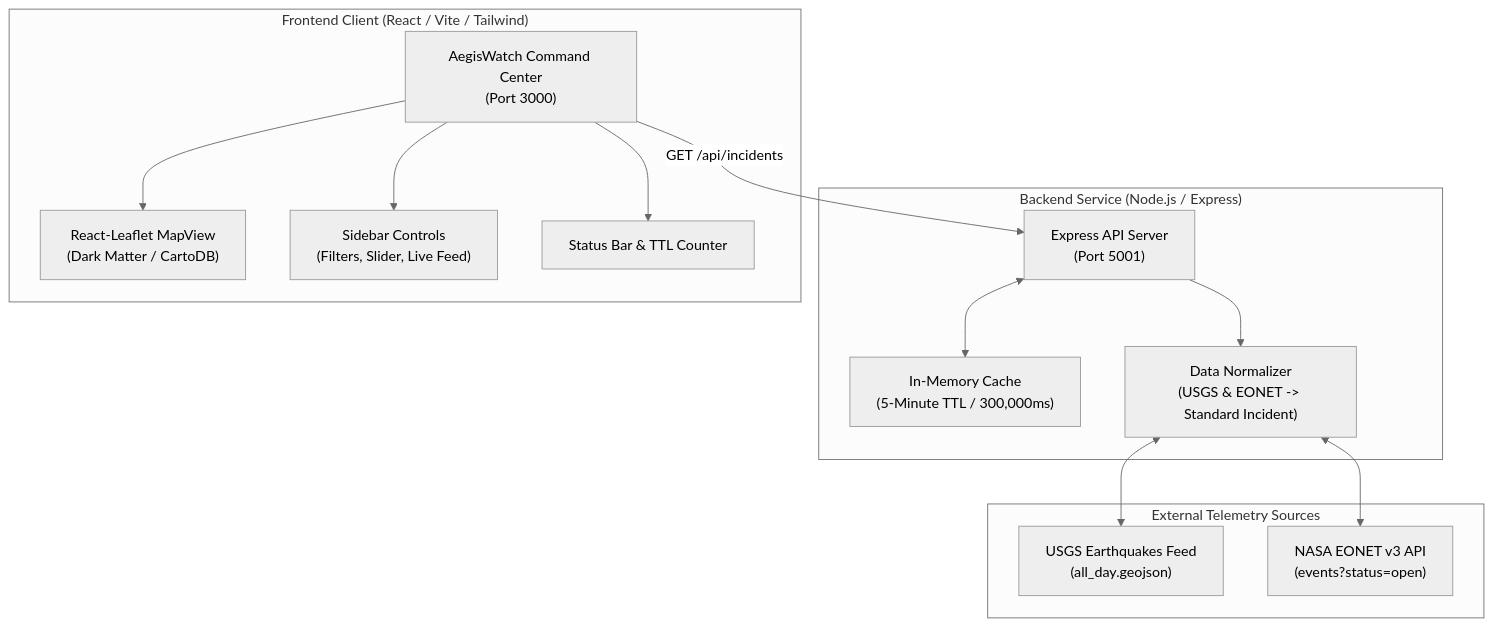
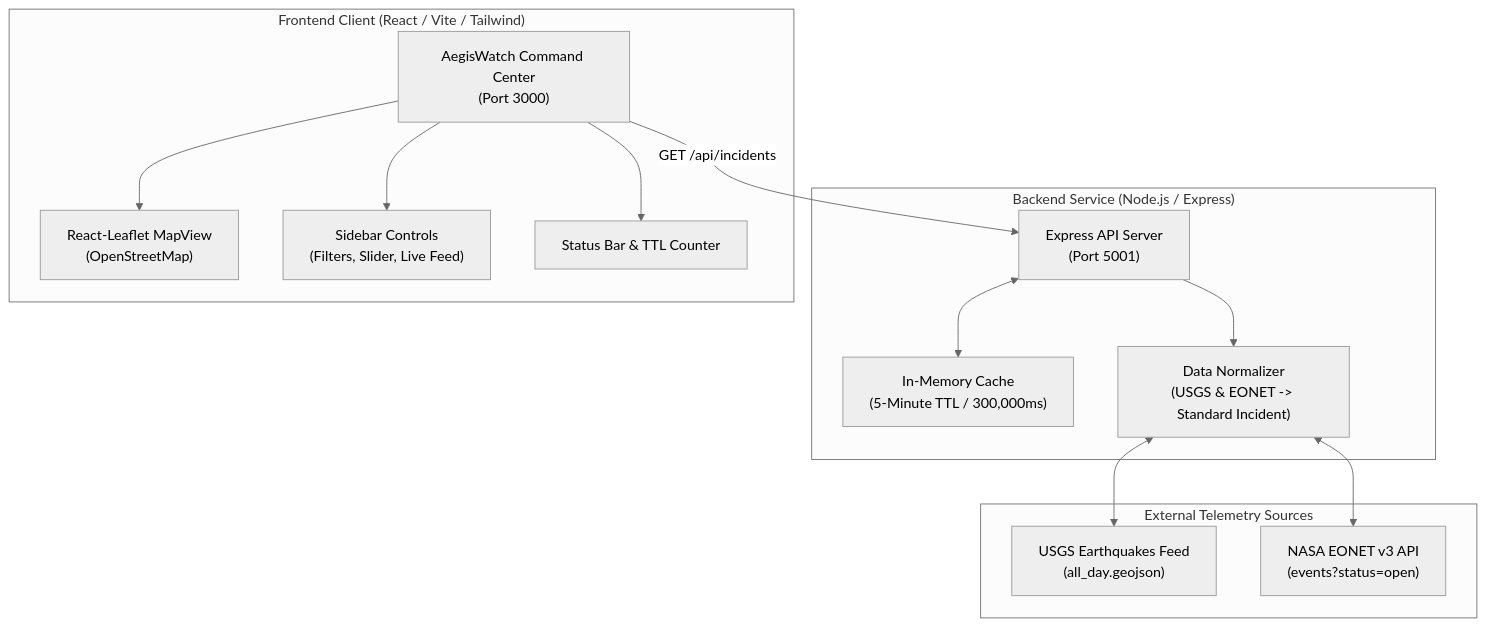
One commit to princeazad051/realtime-disaster-tracker changed the diagram in README.md. Above: the diagram before and after it, drawn with Mermaid (neutral theme). The commit also changed 5 other files, not shown here.

Commit message:
Fix map tiles by switching from CARTO to OpenStreetMap

````diff
--- a/README.md
+++ b/README.md
@@ -24,29 +24,29 @@
 ```mermaid
 graph TD
     subgraph "External Telemetry Sources"
         USGS["USGS Earthquakes Feed<br/>(all_day.geojson)"]
         NASA["NASA EONET v3 API<br/>(events?status=open)"]
     end
 
     subgraph "Backend Service (Node.js / Express)"
         Srv["Express API Server<br/>(Port 5001)"]
         Cache["In-Memory Cache<br/>(5-Minute TTL / 300,000ms)"]
         Norm["Data Normalizer<br/>(USGS & EONET -> Standard Incident)"]
         Srv <--> Cache
         Srv --> Norm
         Norm <--> USGS
         Norm <--> NASA
     end
 
     subgraph "Frontend Client (React / Vite / Tailwind)"
         UI["AegisWatch Command Center<br/>(Port 3000)"]
-        Map["React-Leaflet MapView<br/>(Dark Matter / CartoDB)"]
+        Map["React-Leaflet MapView<br/>(OpenStreetMap)"]
         Sidebar["Sidebar Controls<br/>(Filters, Slider, Live Feed)"]
         Header["Status Bar & TTL Counter"]
         UI --> Map
         UI --> Sidebar
         UI --> Header
     end
 
     UI -- "GET /api/incidents" --> Srv
 ```
````
